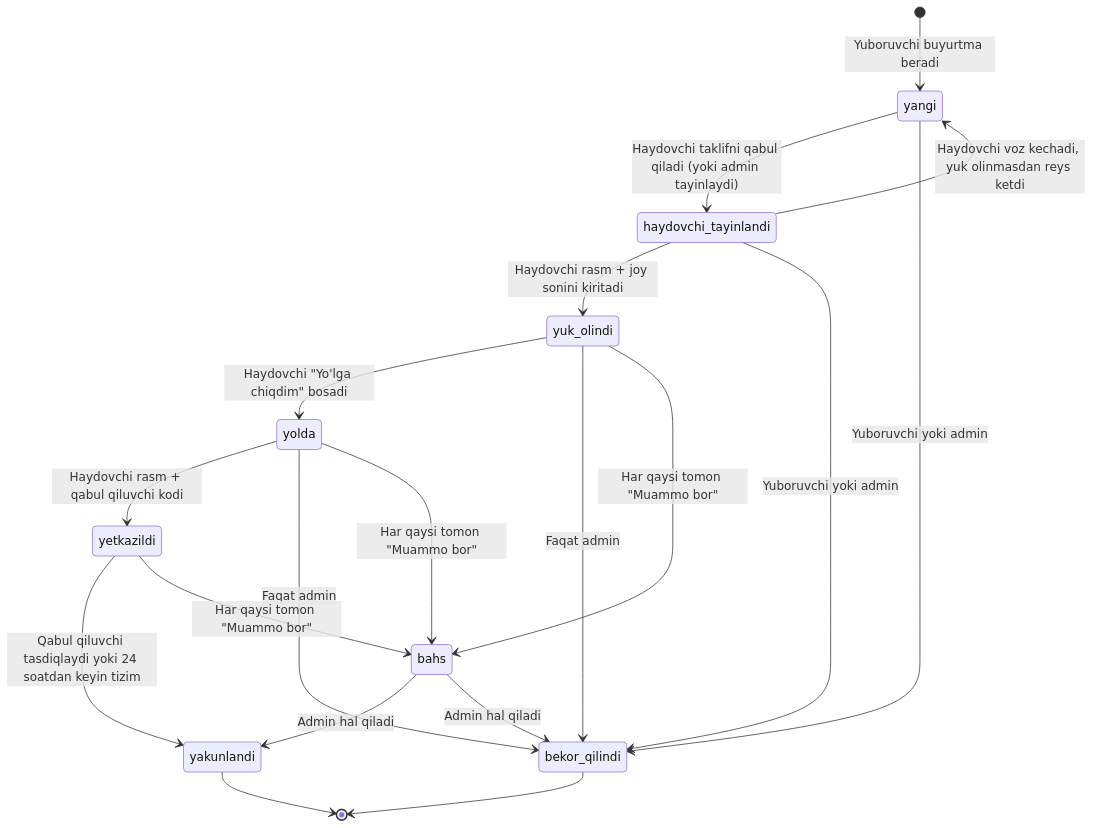
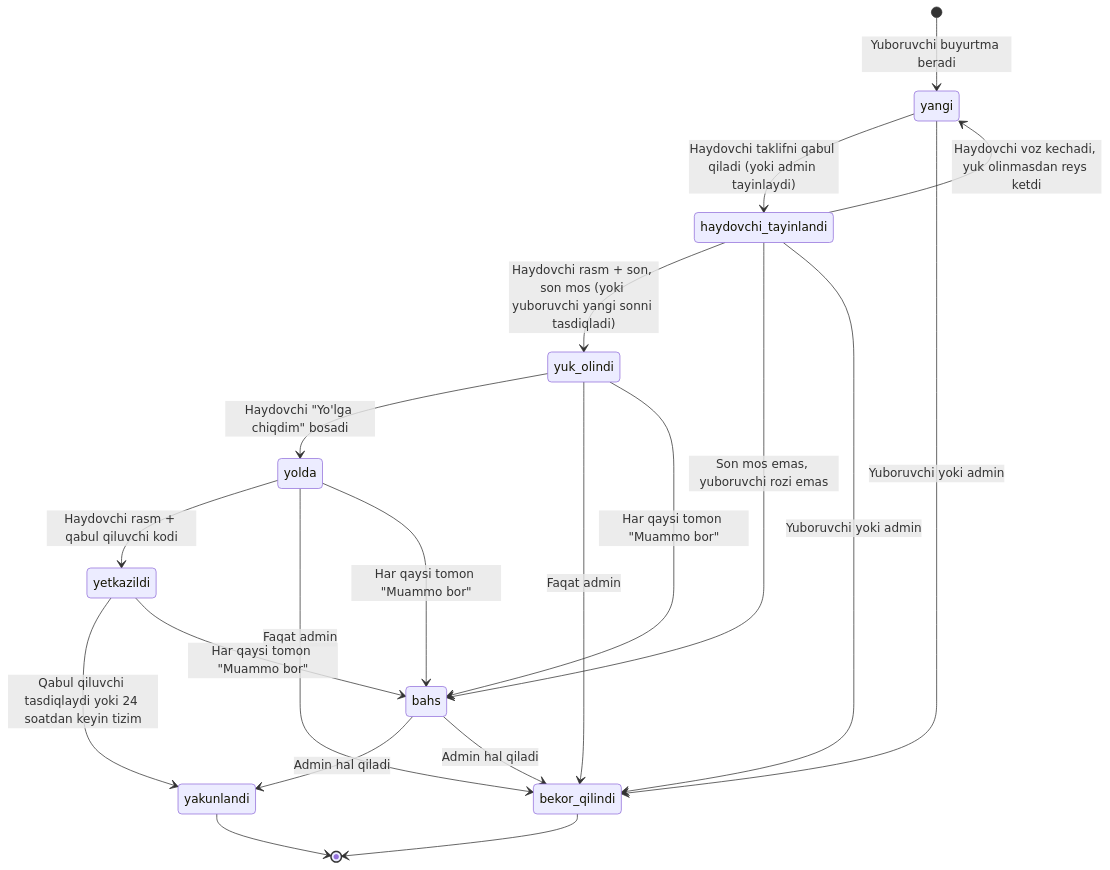
One commit to Habibullohme/cargo_logisticts changed the sixth of 11 diagrams in docs/architecture.md. Above: the diagram before and after it, drawn with Mermaid. The commit also changed other lines of this file and 1 other file, not shown here.

````diff
--- a/docs/architecture.md
+++ b/docs/architecture.md
@@ -423,26 +425,27 @@
 ```mermaid
 stateDiagram-v2
     [*] --> yangi : Yuboruvchi buyurtma beradi
 
     yangi --> haydovchi_tayinlandi : Haydovchi taklifni qabul qiladi (yoki admin tayinlaydi)
     haydovchi_tayinlandi --> yangi : Haydovchi voz kechadi, yuk olinmasdan reys ketdi
 
-    haydovchi_tayinlandi --> yuk_olindi : Haydovchi rasm + joy sonini kiritadi
+    haydovchi_tayinlandi --> yuk_olindi : Haydovchi rasm + son, son mos (yoki yuboruvchi yangi sonni tasdiqladi)
+    haydovchi_tayinlandi --> bahs : Son mos emas, yuboruvchi rozi emas
     yuk_olindi --> yolda : Haydovchi "Yo'lga chiqdim" bosadi
     yolda --> yetkazildi : Haydovchi rasm + qabul qiluvchi kodi
     yetkazildi --> yakunlandi : Qabul qiluvchi tasdiqlaydi yoki 24 soatdan keyin tizim
 
     yangi --> bekor_qilindi : Yuboruvchi yoki admin
     haydovchi_tayinlandi --> bekor_qilindi : Yuboruvchi yoki admin
     yuk_olindi --> bekor_qilindi : Faqat admin
     yolda --> bekor_qilindi : Faqat admin
 
     yuk_olindi --> bahs : Har qaysi tomon "Muammo bor"
     yolda --> bahs : Har qaysi tomon "Muammo bor"
     yetkazildi --> bahs : Har qaysi tomon "Muammo bor"
     bahs --> yakunlandi : Admin hal qiladi
     bahs --> bekor_qilindi : Admin hal qiladi
 
     yakunlandi --> [*]
     bekor_qilindi --> [*]
 ```
````
